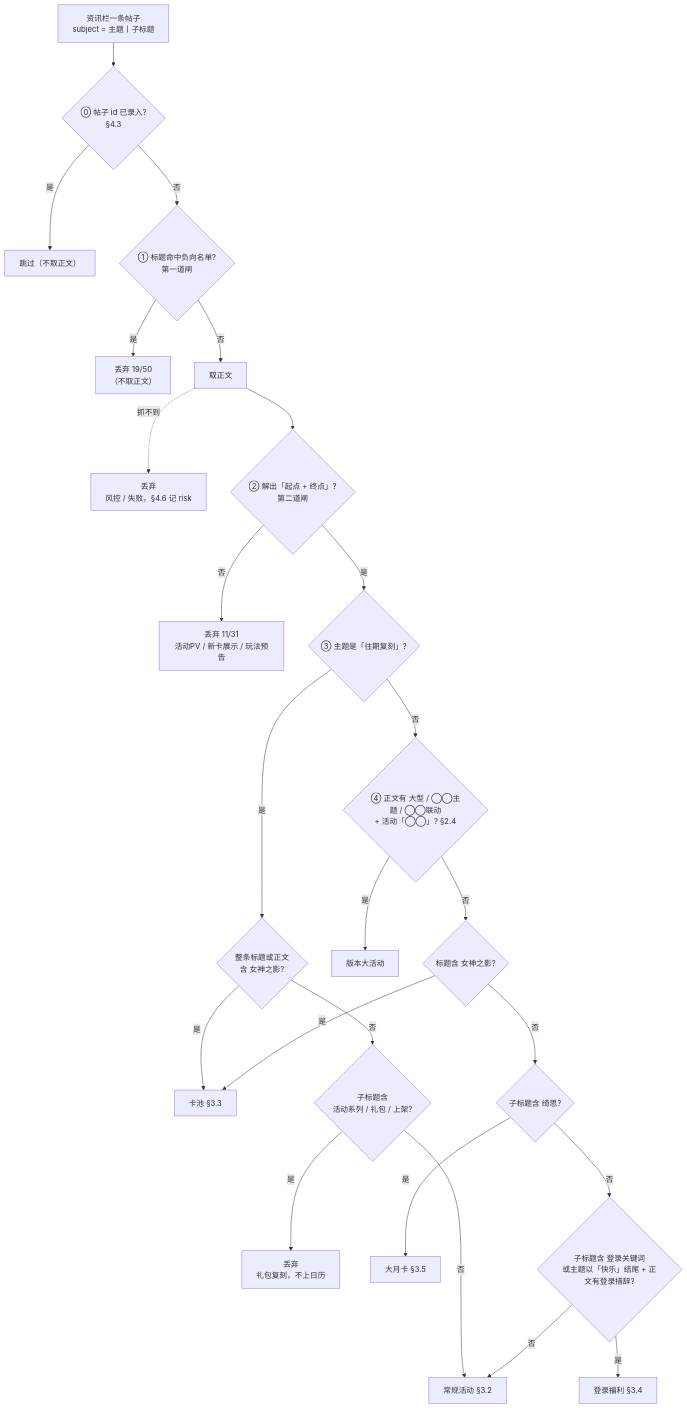
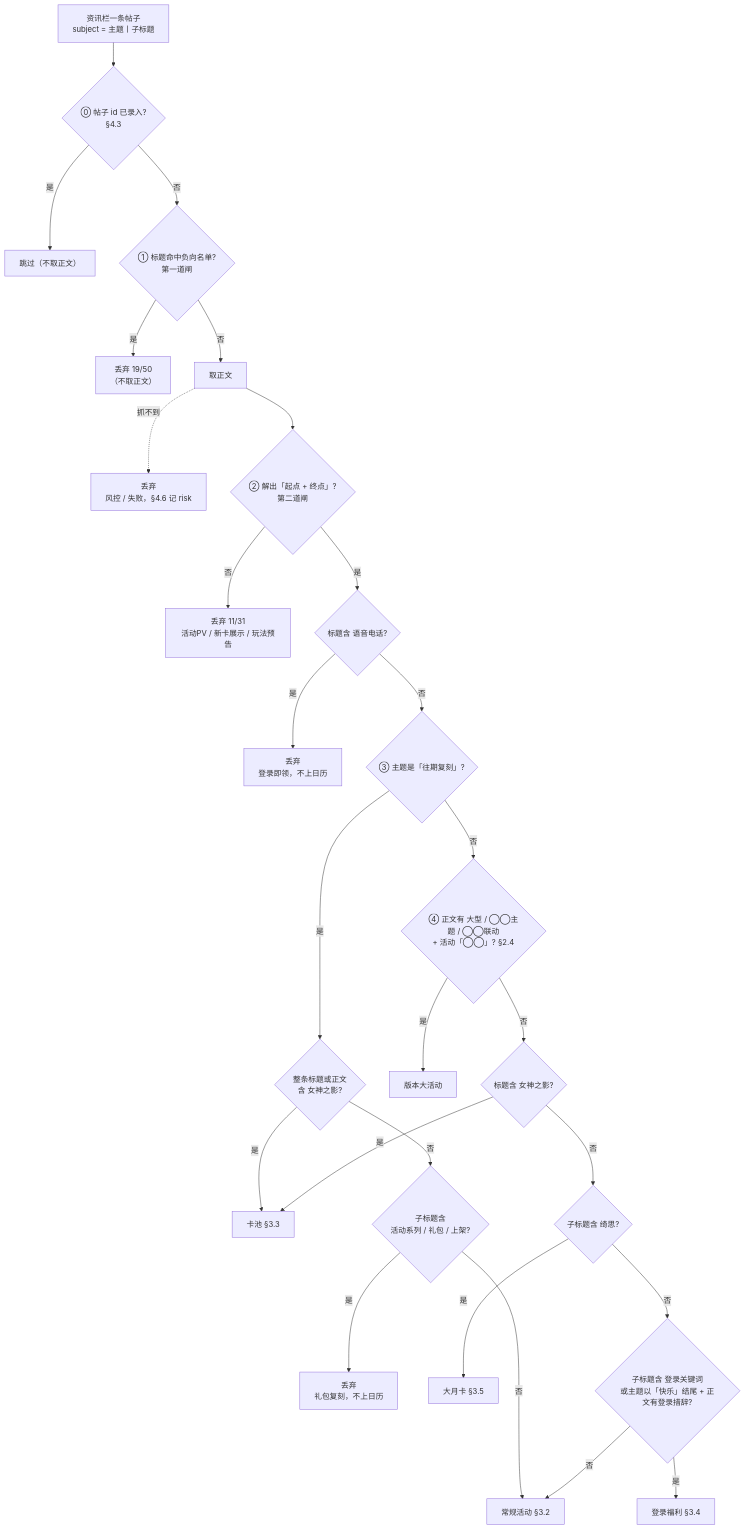
One commit to autummu2/HoyoCalendar changed the second of 7 diagrams in tools/editor/themis/RULES.md. Above: the diagram before and after it, drawn with Mermaid. The commit also changed other lines of this file and 8 other files, not shown here.

````diff
--- a/tools/editor/themis/RULES.md
+++ b/tools/editor/themis/RULES.md
@@ -138,26 +138,28 @@
 ```mermaid
 flowchart TD
     S["资讯栏一条帖子<br/>subject = 主题丨子标题"] --> G0{"⓪ 帖子 id 已录入?<br/>§4.3"}
     G0 -- "是" --> Z4["跳过（不取正文）"]
     G0 -- "否" --> G1{"① 标题命中负向名单?<br/>第一道闸"}
     G1 -- "是" --> Z1["丢弃 19/50<br/>（不取正文）"]
     G1 -- "否" --> G2["取正文"]
     G2 -.->|"抓不到"| Z0["丢弃<br/>风控 / 失败，§4.6 记 risk"]
     G2 --> G3{"② 解出「起点 + 终点」?<br/>第二道闸"}
     G3 -- "否" --> Z2["丢弃 11/31<br/>活动PV / 新卡展示 / 玩法预告"]
-    G3 -- "是" --> G4{"③ 主题是「往期复刻」?"}
+    G3 -- "是" --> G3b{"标题含 语音电话?"}
+    G3b -- "是" --> Z5["丢弃<br/>登录即领，不上日历"]
+    G3b -- "否" --> G4{"③ 主题是「往期复刻」?"}
     G4 -- "是" --> R1{"整条标题或正文<br/>含 女神之影?"}
     R1 -- "是" --> T2["卡池 §3.3"]
     R1 -- "否" --> R2{"子标题含<br/>活动系列 / 礼包 / 上架?"}
     R2 -- "是" --> Z3["丢弃<br/>礼包复刻，不上日历"]
     R2 -- "否" --> T5["常规活动 §3.2"]
     G4 -- "否" --> G5{"④ 正文有 大型 / ◯◯主题 / ◯◯联动<br/>+ 活动「◯◯」? §2.4"}
     G5 -- "是" --> T1["版本大活动"]
     G5 -- "否" --> G6{"标题含 女神之影?"}
     G6 -- "是" --> T2
     G6 -- "否" --> G7{"子标题含 绮思?"}
     G7 -- "是" --> T3["大月卡 §3.5"]
     G7 -- "否" --> G8{"子标题含 登录关键词<br/>或主题以「快乐」结尾 + 正文有登录措辞?"}
     G8 -- "是" --> T4["登录福利 §3.4"]
     G8 -- "否" --> T5
 ```
````
